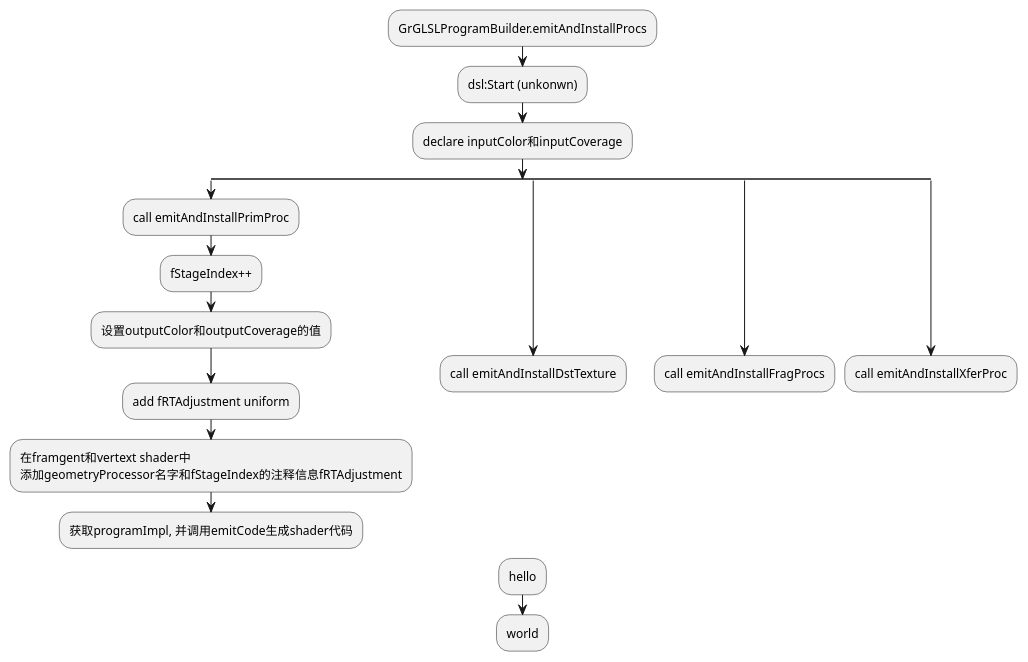
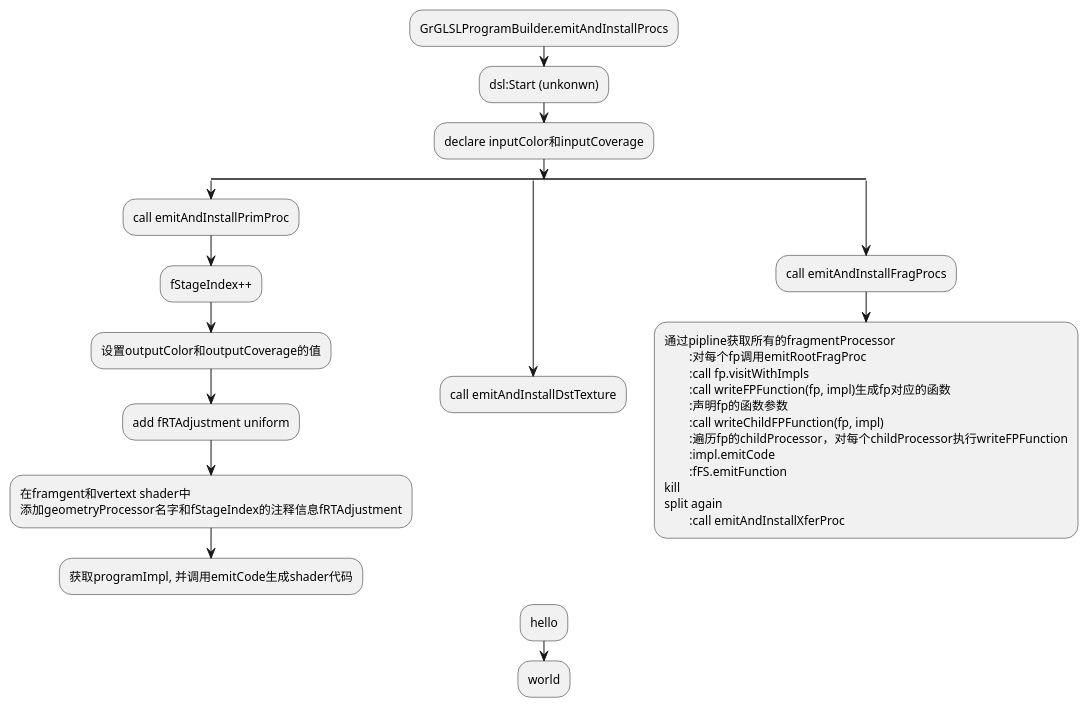
One commit to liuyanxing/note changed the diagram in skia/emitAndInstallProcs.puml. Above: the diagram before and after it, drawn with PlantUML.

Commit message:
add note

```diff
--- a/skia/emitAndInstallProcs.puml
+++ b/skia/emitAndInstallProcs.puml
@@ -1,26 +1,35 @@
 @startuml emitAndInstallProcs
 :GrGLSLProgramBuilder.emitAndInstallProcs;
 :dsl:Start (unkonwn);
 :declare inputColor和inputCoverage;
 split
 	:call emitAndInstallPrimProc;
 	:fStageIndex++;
 	:设置outputColor和outputCoverage的值;
 	:add fRTAdjustment uniform;
 	:在framgent和vertext shader中
 	添加geometryProcessor名字和fStageIndex的注释信息fRTAdjustment;
 	:获取programImpl, 并调用emitCode生成shader代码;
 kill
 split again
 	:call emitAndInstallDstTexture;
 kill
 split again
 	:call emitAndInstallFragProcs;
+	:通过pipline获取所有的fragmentProcessor
+	:对每个fp调用emitRootFragProc
+	:call fp.visitWithImpls
+	:call writeFPFunction(fp, impl)生成fp对应的函数
+	:声明fp的函数参数
+	:call writeChildFPFunction(fp, impl)
+	:遍历fp的childProcessor，对每个childProcessor执行writeFPFunction
+	:impl.emitCode
+	:fFS.emitFunction
 kill
 split again
 	:call emitAndInstallXferProc;
 kill
 end split
 :hello;
 :world;
 @enduml
```
